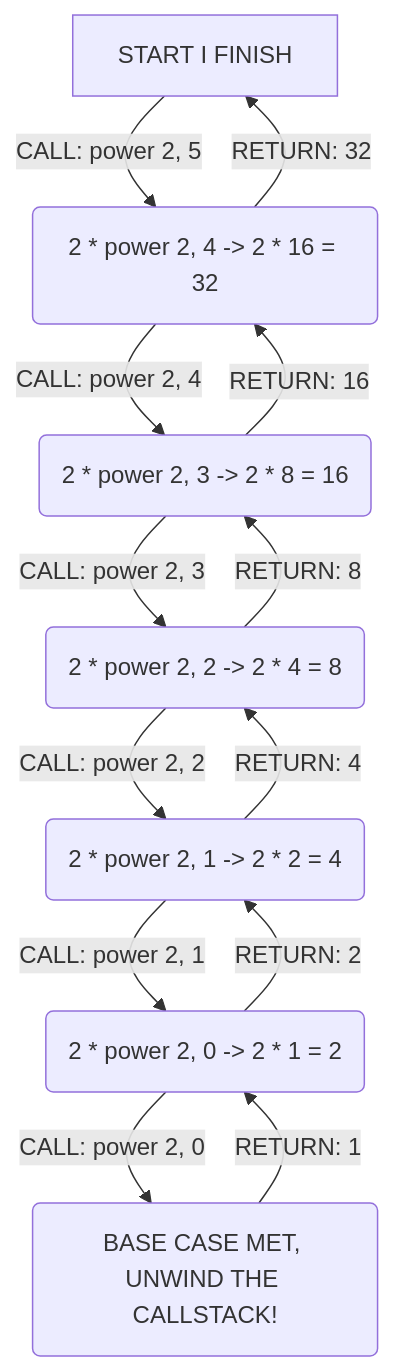
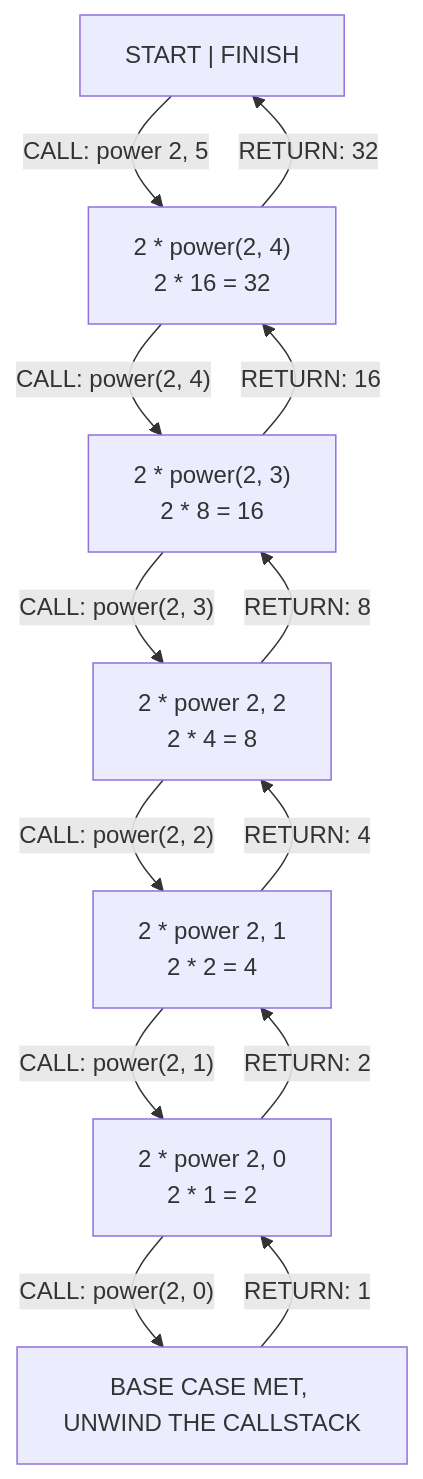
The diagram in src/04-recursion/06-power/readme.md (bazmurphy/dsa-challenges), drawn with Mermaid before and after one commit. The commit also changed other lines of this file and 5 other files, not shown here.

````diff
--- a/src/04-recursion/06-power/readme.md
+++ b/src/04-recursion/06-power/readme.md
@@ -94,15 +94,15 @@
 ```mermaid
 graph TD
-  A[START I FINISH ] -->|CALL: power 2, 5 | B(2 * power 2, 4 -> 2 * 16 = 32)
-  B -->|CALL: power 2, 4 | C(2 * power 2, 3 -> 2 * 8 = 16)
-  C -->|CALL: power 2, 3 | D(2 * power 2, 2 -> 2 * 4 = 8)
-  D -->|CALL: power 2, 2 | E(2 * power 2, 1 -> 2 * 2 = 4)
-  E -->|CALL: power 2, 1 | F(2 * power 2, 0 -> 2 * 1 = 2)
-  F -->|CALL: power 2, 0 | G(BASE CASE MET, UNWIND THE CALLSTACK!)
-  G -->|RETURN: 1 | F
-  F -->|RETURN: 2 | E
-  E -->|RETURN: 4 | D
-  D -->|RETURN: 8 | C
-  C -->|RETURN: 16 | B
-  B -->|RETURN: 32 | A
+  A["START | FINISH"] -->|"CALL: power 2, 5"| B["2 * power(2, 4) <br> 2 * 16 = 32"]
+  B -->|"CALL: power(2, 4)"| C["2 * power(2, 3) <br> 2 * 8 = 16"]
+  C -->|"CALL: power(2, 3)"| D["2 * power 2, 2 <br> 2 * 4 = 8"]
+  D -->|"CALL: power(2, 2)"| E["2 * power 2, 1 <br> 2 * 2 = 4"]
+  E -->|"CALL: power(2, 1)"| F["2 * power 2, 0 <br> 2 * 1 = 2"]
+  F -->|"CALL: power(2, 0)"| G[BASE CASE MET, UNWIND THE CALLSTACK]
+  G -->|RETURN: 1| F
+  F -->|RETURN: 2| E
+  E -->|RETURN: 4| D
+  D -->|RETURN: 8| C
+  C -->|RETURN: 16| B
+  B -->|RETURN: 32| A
 ```
````
